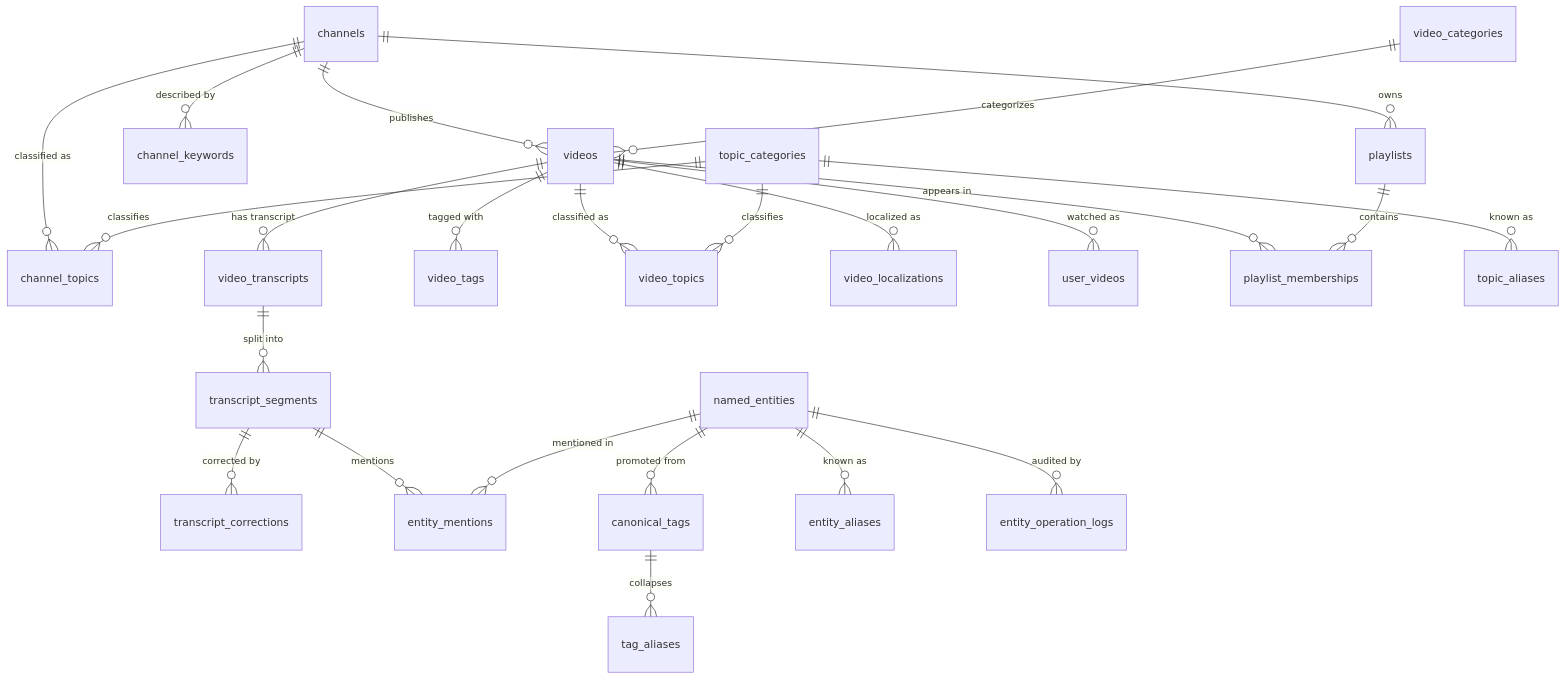
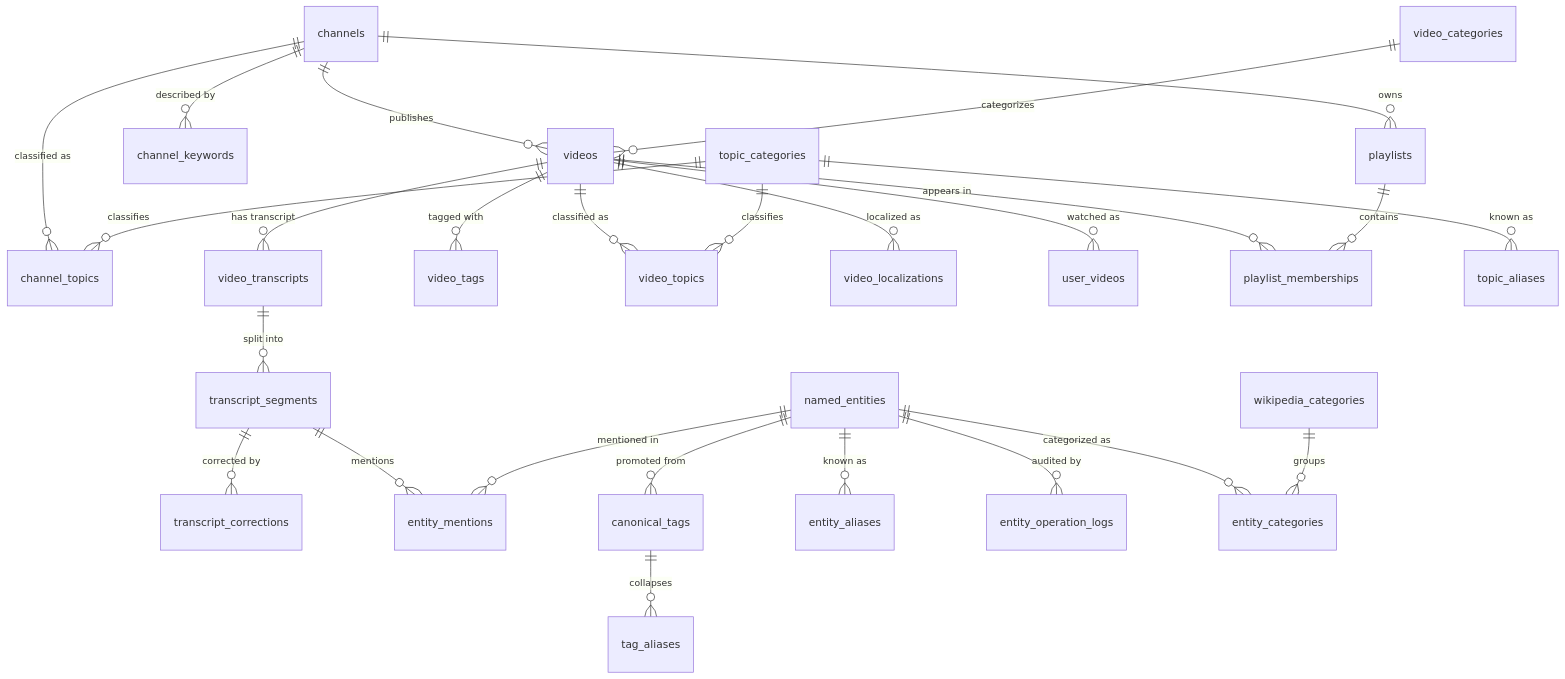
Before and after one commit to aucontraire/chronovista: the diagram in docs/architecture/data-model.md, drawn with Mermaid. The commit also changed other lines of this file and 16 other files, not shown here.

First line of the commit message:
feat(entities): persist entity categories in normalized tables (083) (#330)

````diff
--- a/docs/architecture/data-model.md
+++ b/docs/architecture/data-model.md
@@ -14,31 +14,33 @@
 ```mermaid
 erDiagram
     channels ||--o{ videos : publishes
     channels ||--o{ channel_keywords : "described by"
     channels ||--o{ channel_topics : "classified as"
     channels ||--o{ playlists : owns
     video_categories ||--o{ videos : categorizes
 
     videos ||--o{ video_transcripts : "has transcript"
     videos ||--o{ video_tags : "tagged with"
     videos ||--o{ video_topics : "classified as"
     videos ||--o{ video_localizations : "localized as"
     videos ||--o{ user_videos : "watched as"
     videos ||--o{ playlist_memberships : "appears in"
 
     video_transcripts ||--o{ transcript_segments : "split into"
     transcript_segments ||--o{ transcript_corrections : "corrected by"
     transcript_segments ||--o{ entity_mentions : "mentions"
 
     topic_categories ||--o{ video_topics : classifies
     topic_categories ||--o{ channel_topics : classifies
     topic_categories ||--o{ topic_aliases : "known as"
 
     canonical_tags ||--o{ tag_aliases : collapses
     named_entities ||--o{ entity_aliases : "known as"
     named_entities ||--o{ entity_mentions : "mentioned in"
     named_entities ||--o{ canonical_tags : "promoted from"
     named_entities ||--o{ entity_operation_logs : "audited by"
+    named_entities ||--o{ entity_categories : "categorized as"
+    wikipedia_categories ||--o{ entity_categories : "groups"
 
     playlists ||--o{ playlist_memberships : contains
 ```
````
